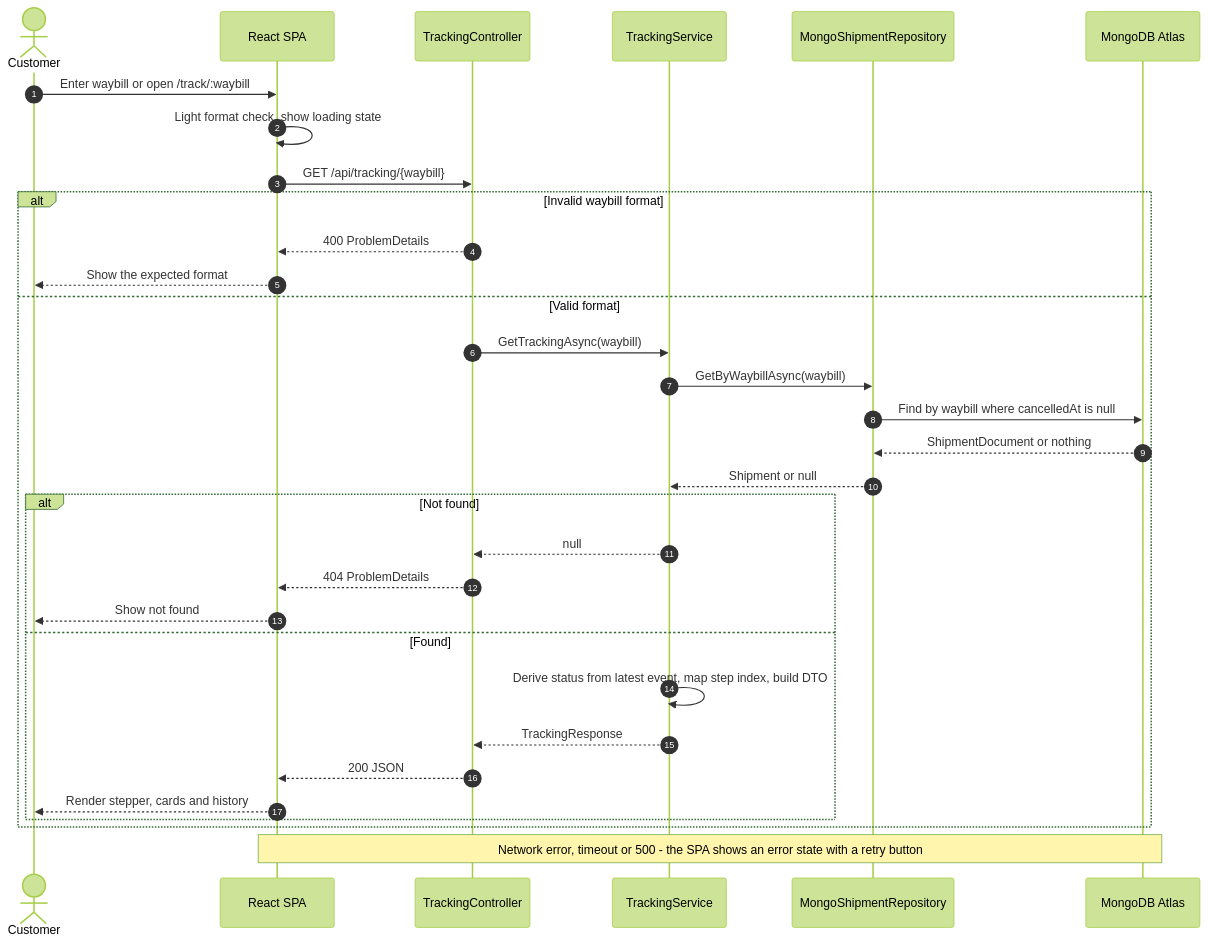
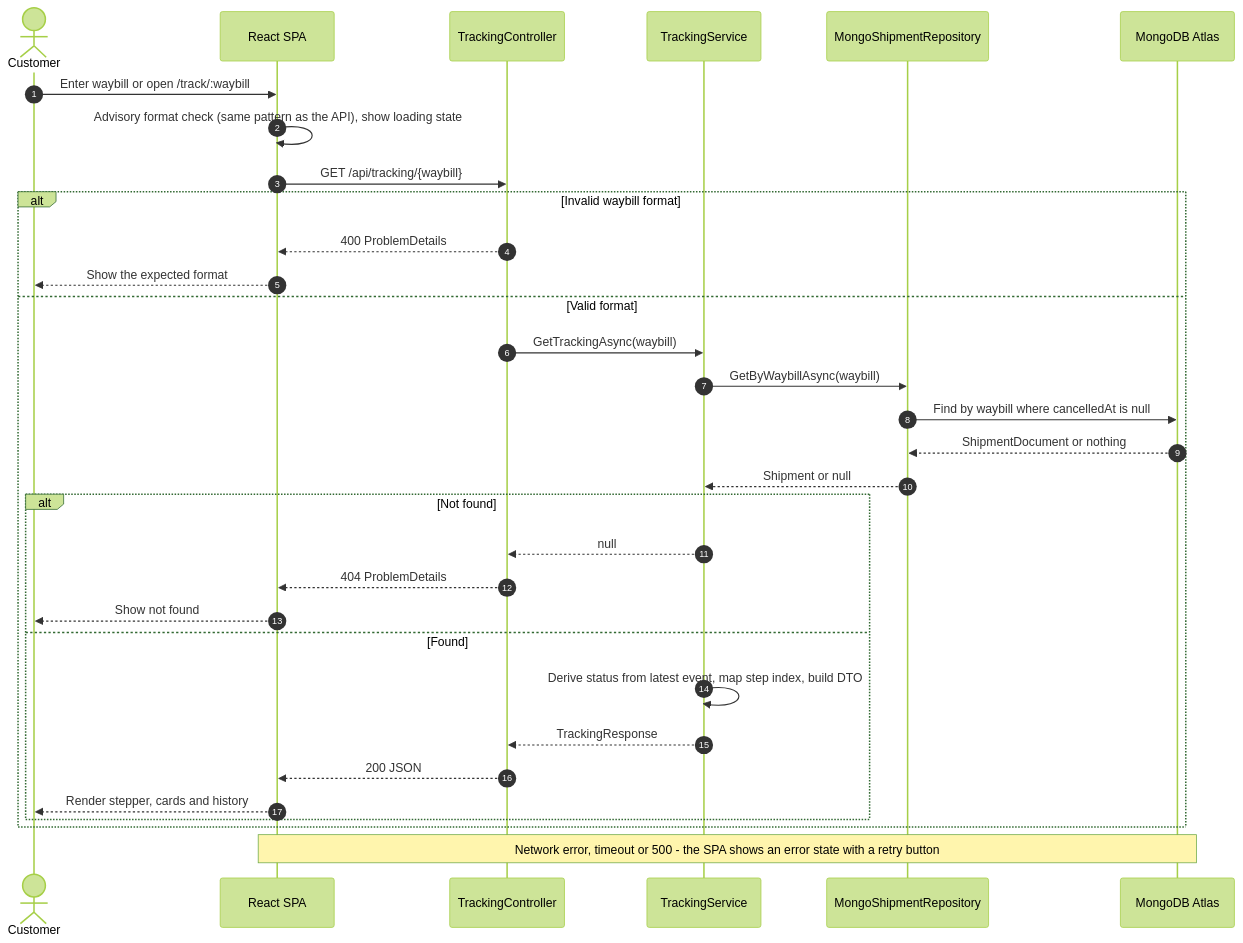
Before and after one commit to Reese1456/tracking_page: the second of 3 diagrams in docs/diagrams.md, drawn with Mermaid (forest theme). The commit also changed other lines of this file and 4 other files, not shown here.

````diff
--- a/docs/diagrams.md
+++ b/docs/diagrams.md
@@ -22,35 +22,35 @@
 ```mermaid
 sequenceDiagram
     autonumber
     actor U as Customer
     participant SPA as React SPA
     participant C as TrackingController
     participant S as TrackingService
     participant R as MongoShipmentRepository
     participant DB as MongoDB Atlas
 
     U->>SPA: Enter waybill or open /track/:waybill
-    SPA->>SPA: Light format check, show loading state
+    SPA->>SPA: Advisory format check (same pattern as the API), show loading state
     SPA->>C: GET /api/tracking/{waybill}
     alt Invalid waybill format
         C-->>SPA: 400 ProblemDetails
         SPA-->>U: Show the expected format
     else Valid format
         C->>S: GetTrackingAsync(waybill)
         S->>R: GetByWaybillAsync(waybill)
         R->>DB: Find by waybill where cancelledAt is null
         DB-->>R: ShipmentDocument or nothing
         R-->>S: Shipment or null
         alt Not found
             S-->>C: null
             C-->>SPA: 404 ProblemDetails
             SPA-->>U: Show not found
         else Found
             S->>S: Derive status from latest event, map step index, build DTO
             S-->>C: TrackingResponse
             C-->>SPA: 200 JSON
             SPA-->>U: Render stepper, cards and history
         end
     end
     Note over SPA,DB: Network error, timeout or 500 - the SPA shows an error state with a retry button
 ```
````
